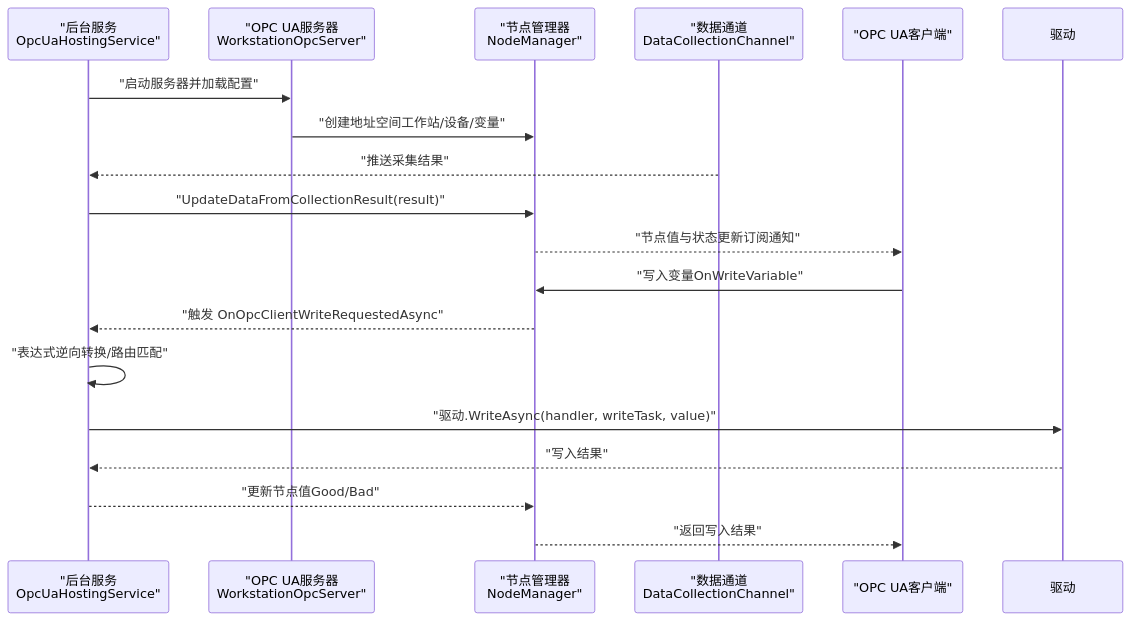
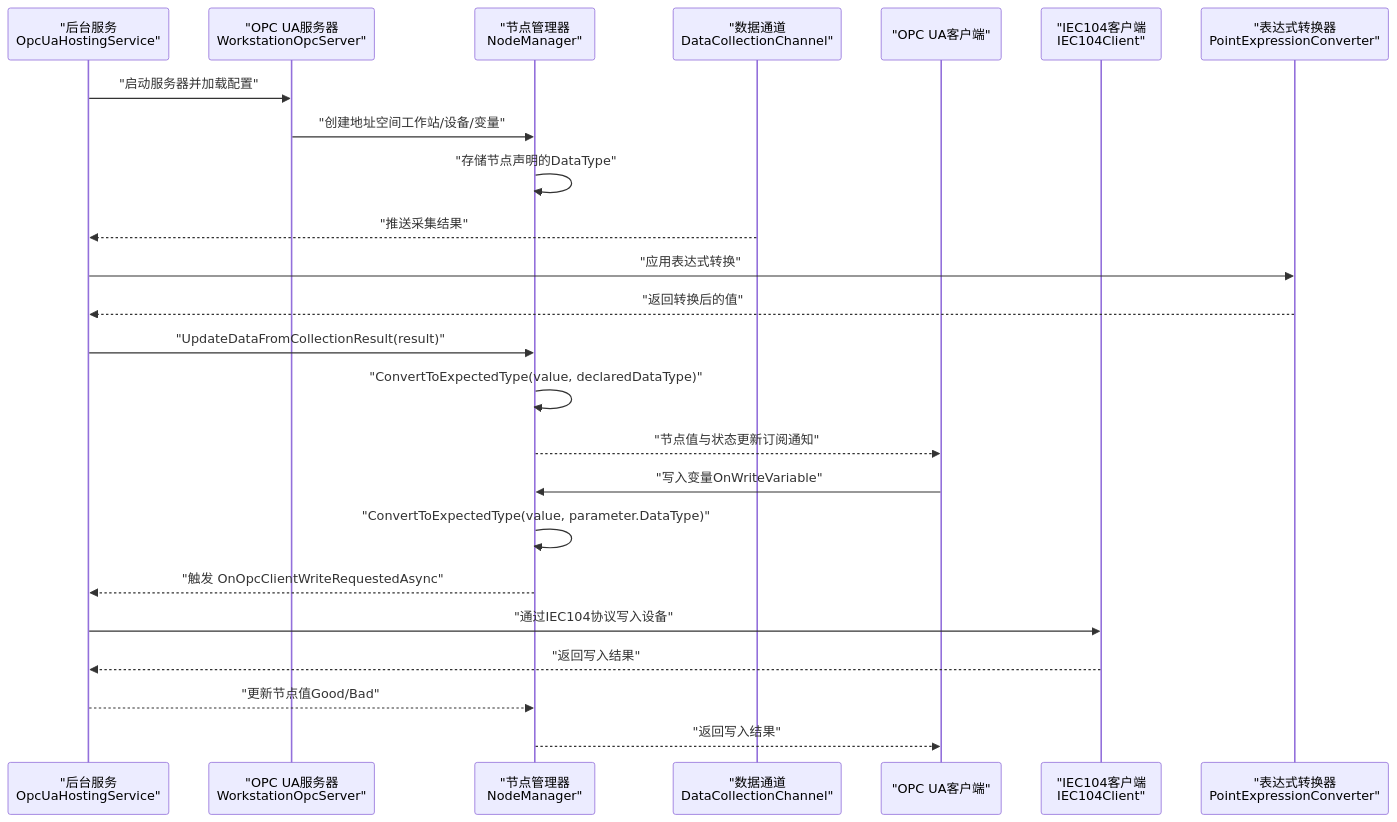
One commit to whitemousetl/IndustrialDataSolution changed the second of 11 diagrams in .qoder/repowiki/zh/content/OPC UA集成/OPC UA集成.md. Above: the diagram before and after it, drawn with Mermaid. The commit also changed other lines of this file and 18 other files, not shown here.

````diff
--- a/.qoder/repowiki/zh/content/OPC UA集成/OPC UA集成.md
+++ b/.qoder/repowiki/zh/content/OPC UA集成/OPC UA集成.md
@@ -108,20 +134,26 @@
 ```mermaid
 sequenceDiagram
 participant Host as "后台服务<br/>OpcUaHostingService"
 participant Server as "OPC UA服务器<br/>WorkstationOpcServer"
 participant NM as "节点管理器<br/>NodeManager"
 participant Channel as "数据通道<br/>DataCollectionChannel"
 participant Client as "OPC UA客户端"
+participant IEC104 as "IEC104客户端<br/>IEC104Client"
+participant ExprConv as "表达式转换器<br/>PointExpressionConverter"
 Host->>Server : "启动服务器并加载配置"
 Server->>NM : "创建地址空间工作站/设备/变量"
+NM->>NM : "存储节点声明的DataType"
 Channel-->>Host : "推送采集结果"
+Host->>ExprConv : "应用表达式转换"
+ExprConv-->>Host : "返回转换后的值"
 Host->>NM : "UpdateDataFromCollectionResult(result)"
+NM->>NM : "ConvertToExpectedType(value, declaredDataType)"
 NM-->>Client : "节点值与状态更新订阅通知"
 Client->>NM : "写入变量OnWriteVariable"
+NM->>NM : "ConvertToExpectedType(value, parameter.DataType)"
 NM-->>Host : "触发 OnOpcClientWriteRequestedAsync"
-Host->>Host : "表达式逆向转换/路由匹配"
-Host->>驱动 : "驱动.WriteAsync(handler, writeTask, value)"
-驱动-->>Host : "写入结果"
+Host->>IEC104 : "通过IEC104协议写入设备"
+IEC104-->>Host : "返回写入结果"
 Host-->>NM : "更新节点值Good/Bad"
 NM-->>Client : "返回写入结果"
 ```
````
